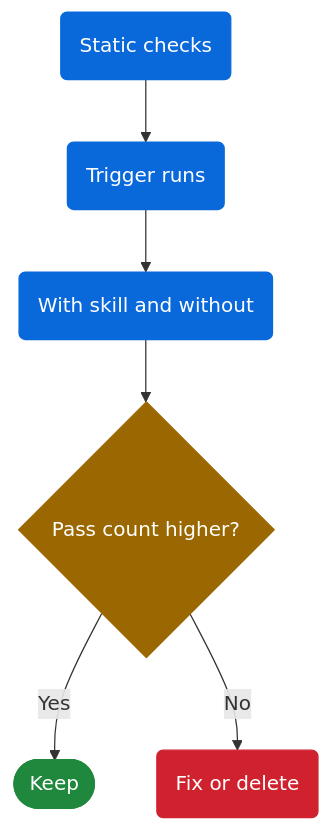
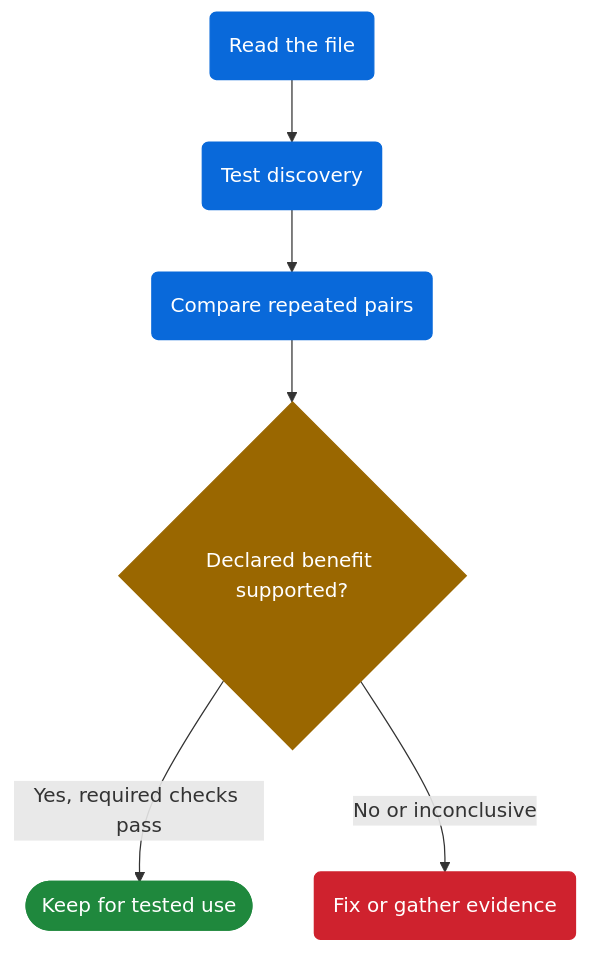
The diagram in docs/skill-quality.md (santoshshinde2012/over-ai-engineering), drawn with Mermaid before and after one commit. The commit also changed other lines of this file and 5 other files, not shown here.

Commit message:
Align skill evaluation records with repeated paired evidence

````diff
--- a/docs/skill-quality.md
+++ b/docs/skill-quality.md
@@ -13,21 +13,21 @@
 ```mermaid
 flowchart TB
-  accTitle: Measure a skill before you keep it
-  accDescr: Static checks come first. Trigger runs ask whether the agent loads the skill. Output runs compare a fresh session with the skill to a fresh session without it. Keep the skill when the with-skill pass count is higher and you accept the extra cost. Otherwise fix the skill or delete it.
+  accTitle: Measure a skill before keeping it
+  accDescr: Read the file, test discovery, and compare repeated runs with and without the skill. Keep it for the tested use only when the declared benefit is supported and required checks still pass. Failed or mixed evidence calls for repair or more evidence.
 
-  static("Static checks") --> trigger("Trigger runs")
-  trigger --> output("With skill and without")
-  output --> decide{"Pass count higher?"}
-  decide -->|Yes| keep(["Keep"])
-  decide -->|No| fix("Fix or delete")
+  static("Read the file") --> trigger("Test discovery")
+  trigger --> output("Compare repeated pairs")
+  output --> decide{"Declared benefit supported?"}
+  decide -->|Yes, required checks pass| keep(["Keep for tested use"])
+  decide -->|No or inconclusive| fix("Fix or gather evidence")
 
   classDef step fill:#0969DA,stroke:#0969DA,color:#FFFFFF
   classDef check fill:#9A6700,stroke:#9A6700,color:#FFFFFF
   classDef done fill:#1F883D,stroke:#1F883D,color:#FFFFFF
   classDef rework fill:#CF222E,stroke:#CF222E,color:#FFFFFF
 
   class static,trigger,output step
   class decide check
   class keep done
   class fix rework
 ```
````
